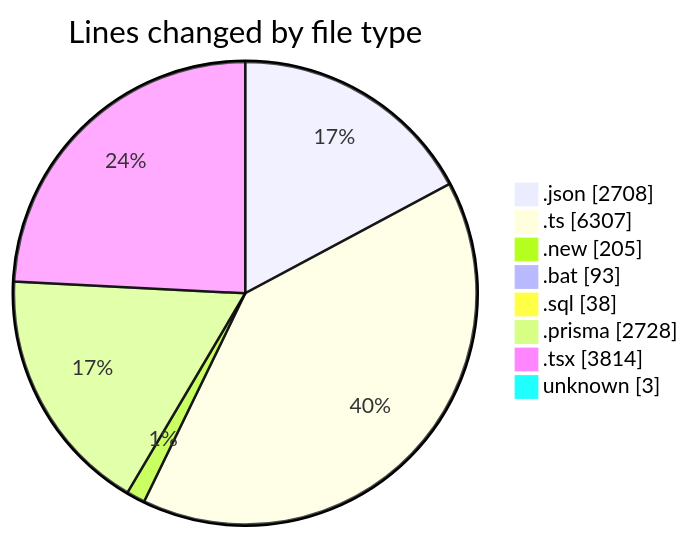
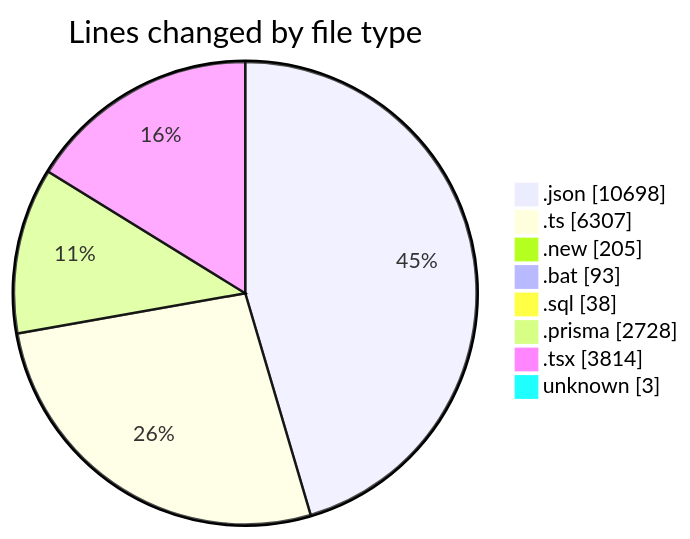
Before and after one commit to CELIANVF/code-tracking: the first of 2 diagrams in 2025-05-20/ecodeli-1/README.md, drawn with Mermaid. The commit also changed other lines of this file and 1 other file, not shown here.

````diff
--- a/2025-05-20/ecodeli-1/README.md
+++ b/2025-05-20/ecodeli-1/README.md
@@ -71,12 +72,12 @@
 ```mermaid
 pie showData
 title Lines changed by file type
-".json" : 2708
+".json" : 10698
 ".ts" : 6307
 ".new" : 205
 ".bat" : 93
 ".sql" : 38
 ".prisma" : 2728
 ".tsx" : 3814
 "unknown" : 3
 ```
````
